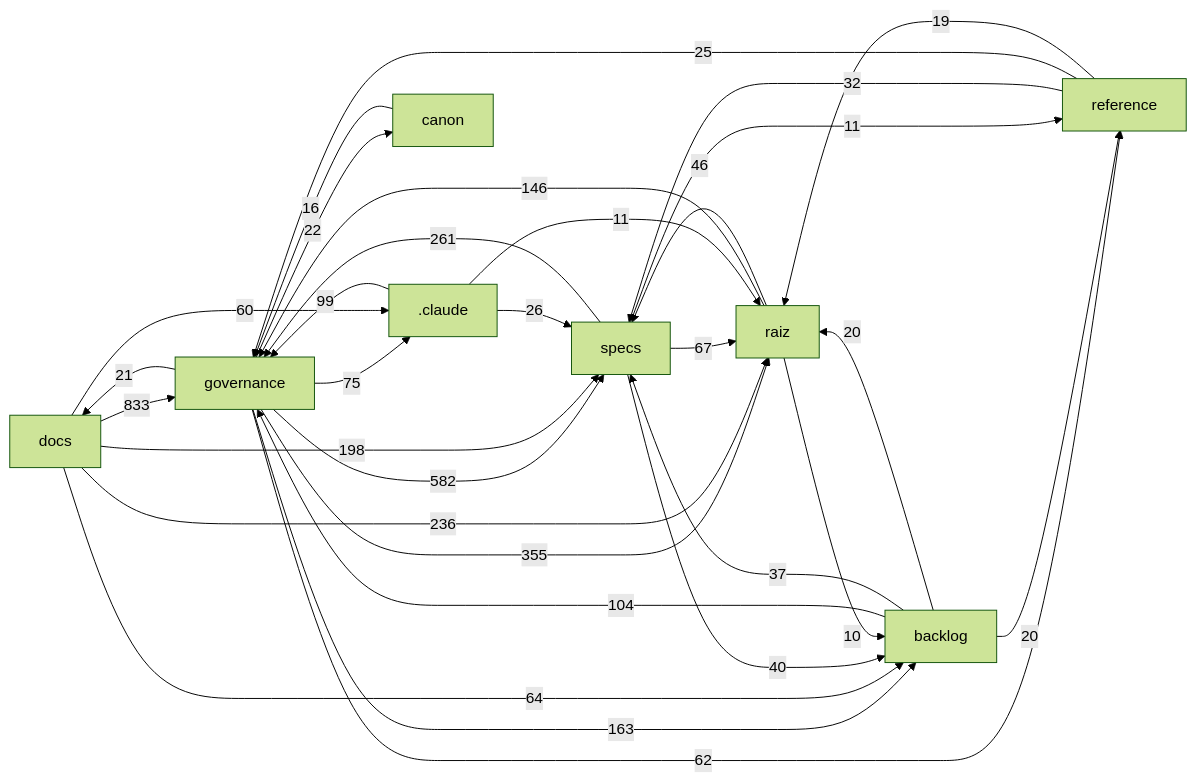
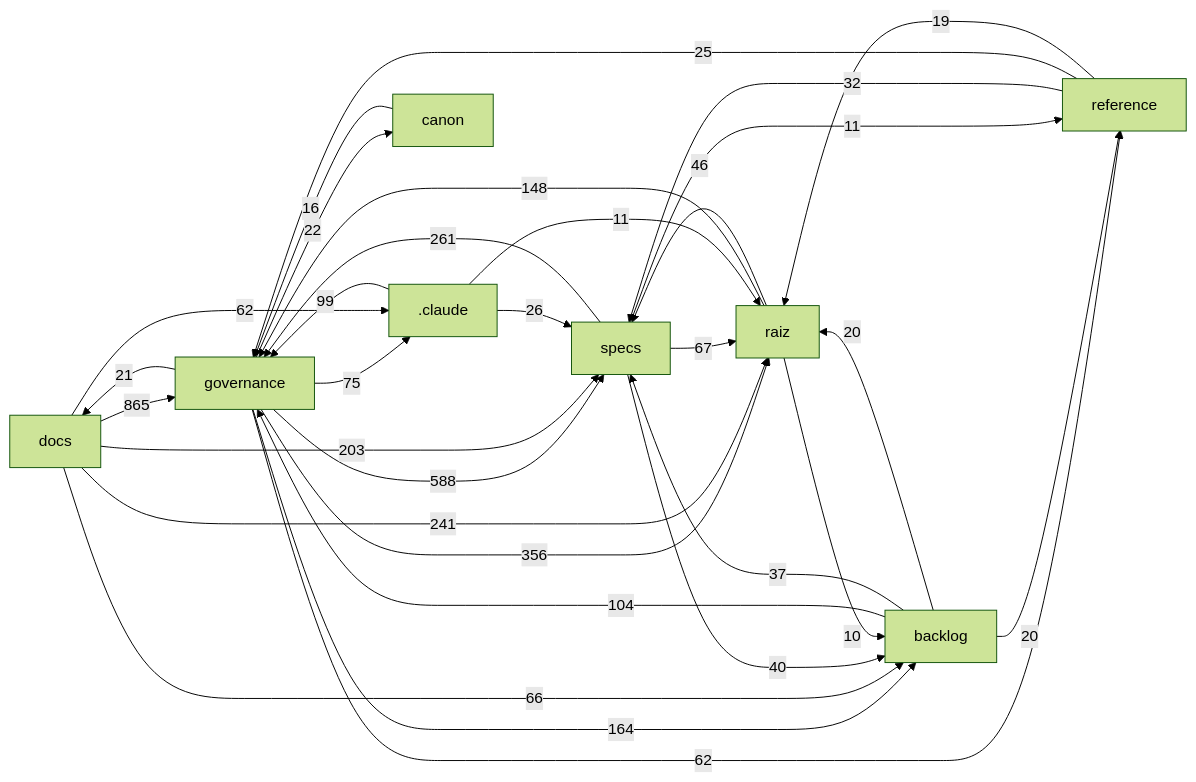
One commit to Andraus35/Sistema-Operacional-de-Trading--SOT changed the diagram in docs/mapa/MAPA-PROJETO.md. Above: the diagram before and after it, drawn with Mermaid (forest theme). The commit also changed other lines of this file and 5 other files, not shown here.

````diff
--- a/docs/mapa/MAPA-PROJETO.md
+++ b/docs/mapa/MAPA-PROJETO.md
@@ -29,33 +29,33 @@
 ```mermaid
 flowchart LR
-  docs["docs"] -->|833| governance["governance"]
-  governance["governance"] -->|582| specs["specs"]
-  governance["governance"] -->|355| raiz["raiz"]
+  docs["docs"] -->|865| governance["governance"]
+  governance["governance"] -->|588| specs["specs"]
+  governance["governance"] -->|356| raiz["raiz"]
   specs["specs"] -->|261| governance["governance"]
-  docs["docs"] -->|236| raiz["raiz"]
-  docs["docs"] -->|198| specs["specs"]
-  governance["governance"] -->|163| backlog["backlog"]
-  raiz["raiz"] -->|146| governance["governance"]
+  docs["docs"] -->|241| raiz["raiz"]
+  docs["docs"] -->|203| specs["specs"]
+  governance["governance"] -->|164| backlog["backlog"]
+  raiz["raiz"] -->|148| governance["governance"]
   backlog["backlog"] -->|104| governance["governance"]
   _claude[".claude"] -->|99| governance["governance"]
   governance["governance"] -->|75| _claude[".claude"]
   specs["specs"] -->|67| raiz["raiz"]
-  docs["docs"] -->|64| backlog["backlog"]
+  docs["docs"] -->|66| backlog["backlog"]
+  docs["docs"] -->|62| _claude[".claude"]
   governance["governance"] -->|62| reference["reference"]
-  docs["docs"] -->|60| _claude[".claude"]
   raiz["raiz"] -->|46| specs["specs"]
   specs["specs"] -->|40| backlog["backlog"]
   backlog["backlog"] -->|37| specs["specs"]
   reference["reference"] -->|32| specs["specs"]
   _claude[".claude"] -->|26| specs["specs"]
   reference["reference"] -->|25| governance["governance"]
   governance["governance"] -->|22| canon["canon"]
   governance["governance"] -->|21| docs["docs"]
   backlog["backlog"] -->|20| raiz["raiz"]
   backlog["backlog"] -->|20| reference["reference"]
   reference["reference"] -->|19| raiz["raiz"]
   canon["canon"] -->|16| governance["governance"]
   _claude[".claude"] -->|11| raiz["raiz"]
   specs["specs"] -->|11| reference["reference"]
   raiz["raiz"] -->|10| backlog["backlog"]
 ```
````
